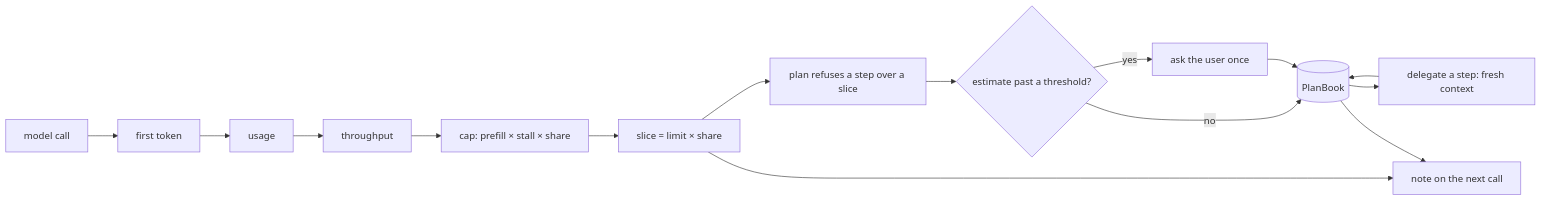
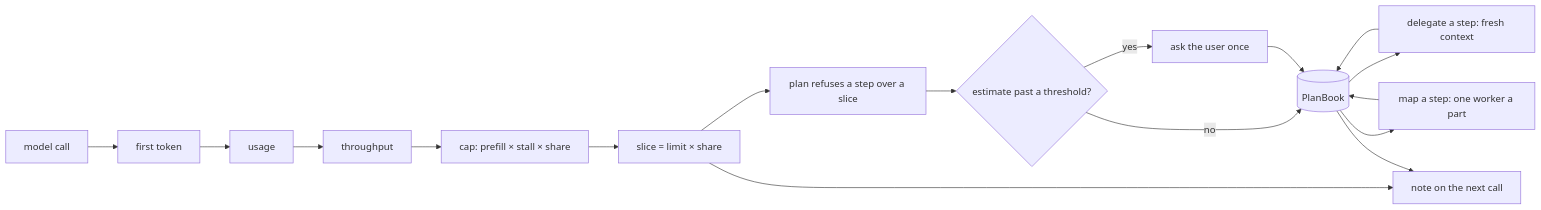
Before and after one commit to iamhaymc/agentic: the third of 5 diagrams in DESIGN.md, drawn with Mermaid. The commit also changed other lines of this file and 9 other files, not shown here.

First line of the commit message:
Work slicing, extended scope (2/3): nested worker steps, map

````diff
--- a/DESIGN.md
+++ b/DESIGN.md
@@ -539,14 +552,16 @@
 ```mermaid
 flowchart LR
   C[model call] --> F[first token] --> U[usage] --> T[throughput]
   T --> K[cap: prefill × stall × share] --> L[slice = limit × share]
   L --> P[plan refuses a step over a slice]
   P --> Q{estimate past a threshold?}
   Q -- yes --> A[ask the user once]
   Q -- no --> B[(PlanBook)]
   A --> B
   B --> D[delegate a step: fresh context]
+  B --> M[map a step: one worker a part]
   D --> B
+  M --> B
   L --> N[note on the next call]
   B --> N
 ```
````
